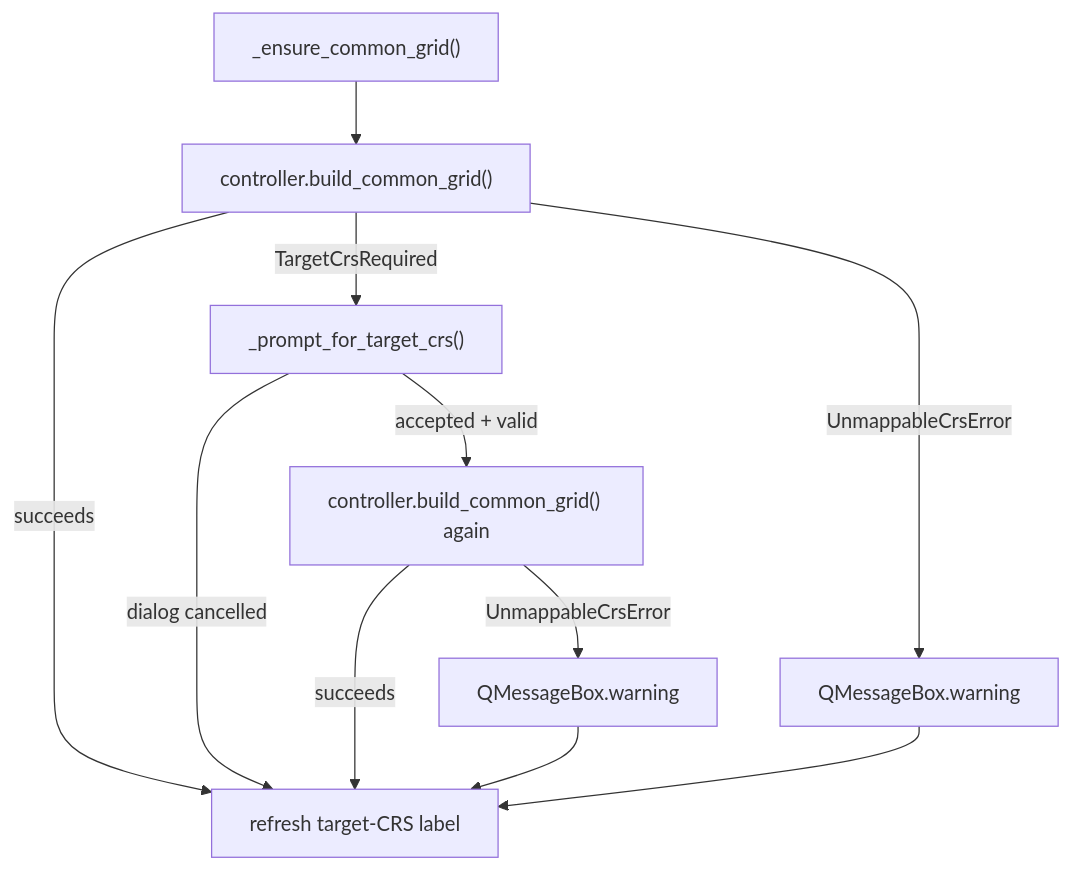
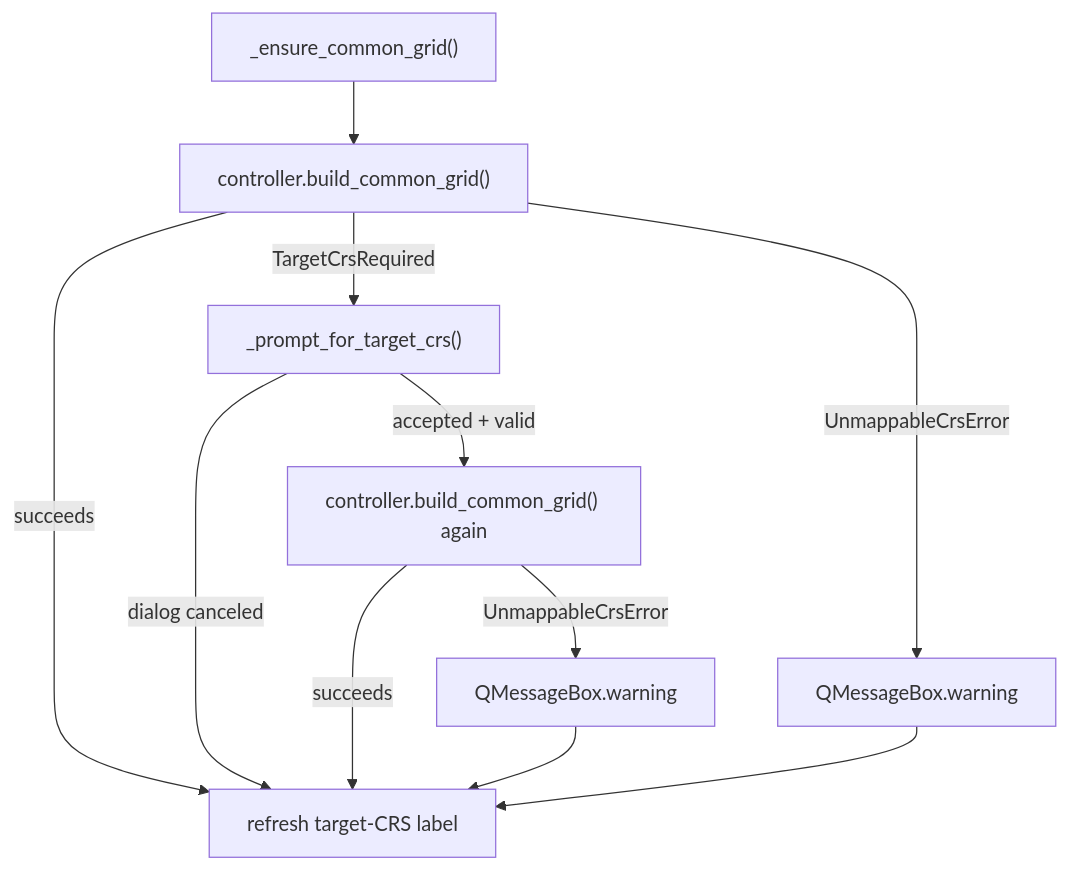
Before and after one commit to Ehlmann-research-group/WISER: the fifth of 8 diagrams in doc/sphinx-general-wiser-docs/source/developer-content/mosaic-internals.md, drawn with Mermaid. The commit also changed other lines of this file and 29 other files, not shown here.

````diff
--- a/doc/sphinx-general-wiser-docs/source/developer-content/mosaic-internals.md
+++ b/doc/sphinx-general-wiser-docs/source/developer-content/mosaic-internals.md
@@ -552,13 +552,13 @@
 ```{mermaid}
 flowchart TD
     A["_ensure_common_grid()"] --> B["controller.build_common_grid()"]
     B -->|succeeds| Z[refresh target-CRS label]
     B -->|TargetCrsRequired| C["_prompt_for_target_crs()"]
-    C -->|dialog cancelled| Z
+    C -->|dialog canceled| Z
     C -->|accepted + valid| D["controller.build_common_grid() again"]
     D -->|UnmappableCrsError| W1[QMessageBox.warning]
     D -->|succeeds| Z
     B -->|UnmappableCrsError| W2[QMessageBox.warning]
     W1 --> Z
     W2 --> Z
 ```
````
